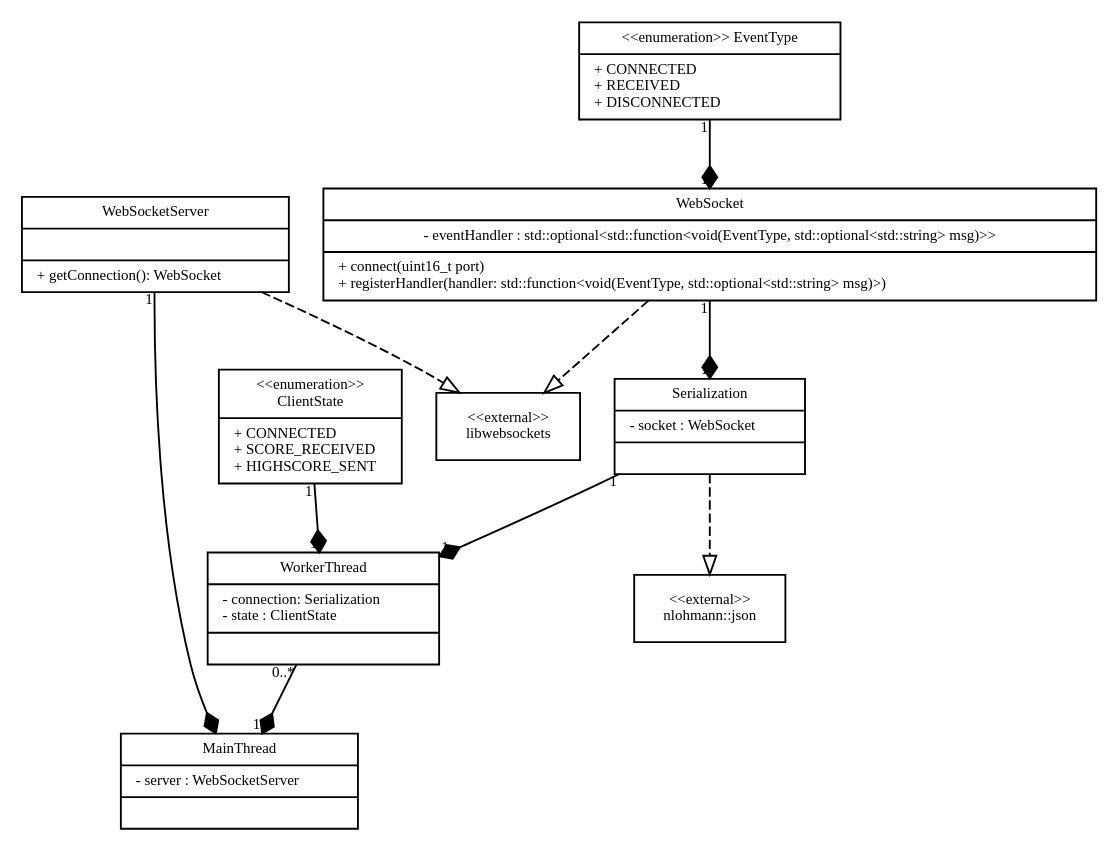
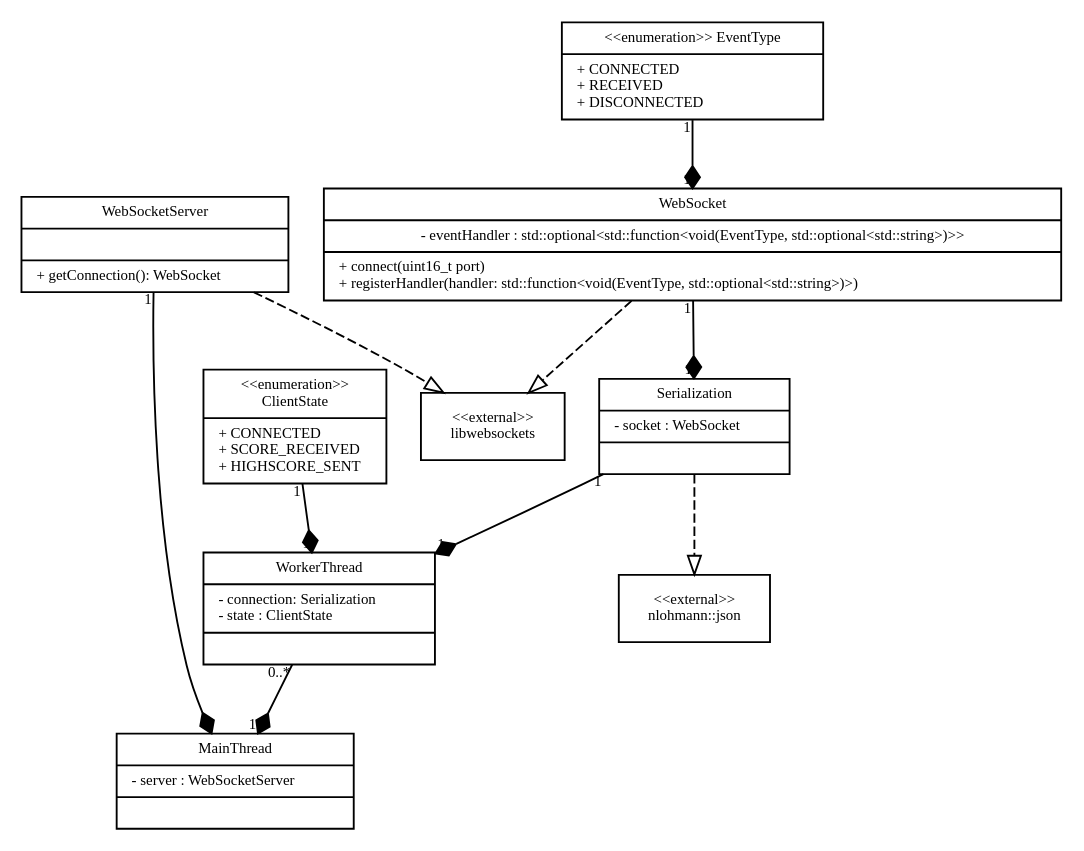
Before and after one commit to aul12/SoPra: the diagram in Blatt04/klassendiagrammHighscoreServer.dot, drawn with Graphviz.

```diff
--- a/Blatt04/klassendiagrammHighscoreServer.dot
+++ b/Blatt04/klassendiagrammHighscoreServer.dot
@@ -1,100 +1,100 @@
 digraph G {
     fontname = "Bitstream Vera Sans"
     fontsize = 8
 
     node [
         fontname = "Bitstream Vera Sans"
         fontsize = 8
         shape = "record"
     ]
 
     edge [
         fontname = "Bitstream Vera Sans"
         fontsize = 8
     ]
 
     MainThread [
         label = "{MainThread|- server : WebSocketServer\l|}"
     ]
 
     WorkerThread [
         label = "{WorkerThread|- connection: Serialization\l- state : ClientState\l|}"
     ]
 
     ClientState [
         label = "{\<\<enumeration\>\>\nClientState|+ CONNECTED\l+ SCORE_RECEIVED\l+ HIGHSCORE_SENT\l}"
     ]
 
     WebSocketServer [
         label = "{WebSocketServer||+ getConnection(): WebSocket\l}"
     ]
 
     WebSocket [
-        label = "{WebSocket|- eventHandler : std::optional\<std::function\<void(EventType, std::optional\<std::string\> msg)\>\>|+ connect(uint16_t port)\l+ registerHandler(handler: std::function\<void(EventType, std::optional\<std::string\> msg)\>)\l}"
+        label = "{WebSocket|- eventHandler : std::optional\<std::function\<void(EventType, std::optional\<std::string\>)\>\>|+ connect(uint16_t port)\l+ registerHandler(handler: std::function\<void(EventType, std::optional\<std::string\>)\>)\l}"
     ]
 
     EventType [
         label = "{\<\<enumeration\>\> EventType|+ CONNECTED\l+ RECEIVED\l+ DISCONNECTED\l}"
     ]
 
     Serialization [
         label = "{Serialization|- socket : WebSocket\l|}" 
     ]
 
     LibWebSockets [
         label = "{\<\<external\>\>\nlibwebsockets}"
     ]
 
     json [
         label = "{\<\<external\>\>\nnlohmann::json}"
     ]
     
     WorkerThread -> MainThread [
         arrowhead = "diamond"
 
         taillabel = "0..*"
         headlabel = "1"
     ]
     WebSocketServer -> MainThread [
         arrowhead = "diamond"
 
         taillabel = "1"
         headlabel = "1"
     ]
     ClientState -> WorkerThread [
         arrowhead = "diamond"
 
         taillabel = "1"
         headlabel = "1"
     ]
     WebSocket -> Serialization [
         arrowhead = "diamond"
 
         taillabel = "1"
         headlabel = "1"
     ]
     EventType -> WebSocket[
         arrowhead = "diamond"
 
         taillabel = "1"
         headlabel = "1"
     ]
     Serialization -> WorkerThread [
         arrowhead = "diamond"
 
         taillabel = "1"
         headlabel = "1"
     ]
     WebSocket -> LibWebSockets [
         arrowhead = "onormal"
         style = "dashed"
     ]
     WebSocketServer -> LibWebSockets [
         arrowhead = "onormal"
         style = "dashed"
     ]
     Serialization -> json [
         arrowhead = "onormal"
         style = "dashed"
     ]
 }    
```
